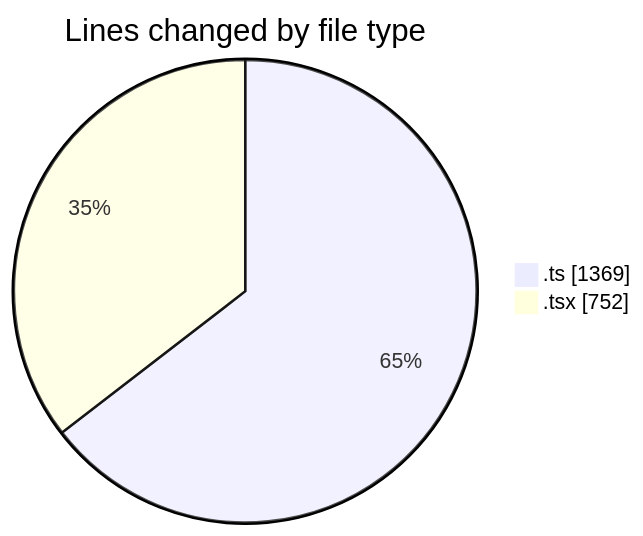
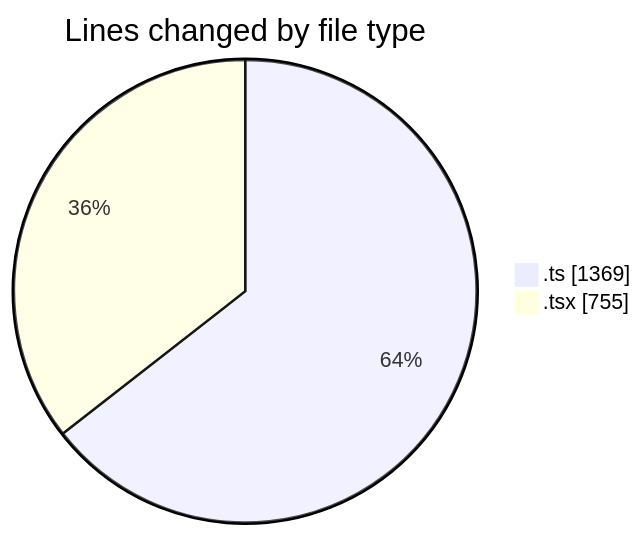
The first of 2 diagrams in 2025-10-23/eventscop-frontend-guide__workspace_/README.md (julien-gomy/code-tracking), drawn with Mermaid before and after one commit. The commit also changed other lines of this file and 1 other file, not shown here.

````diff
--- a/2025-10-23/eventscop-frontend-guide__workspace_/README.md
+++ b/2025-10-23/eventscop-frontend-guide__workspace_/README.md
@@ -26,6 +26,6 @@
 ```mermaid
 pie showData
 title Lines changed by file type
 ".ts" : 1369
-".tsx" : 752
+".tsx" : 755
 ```
````
